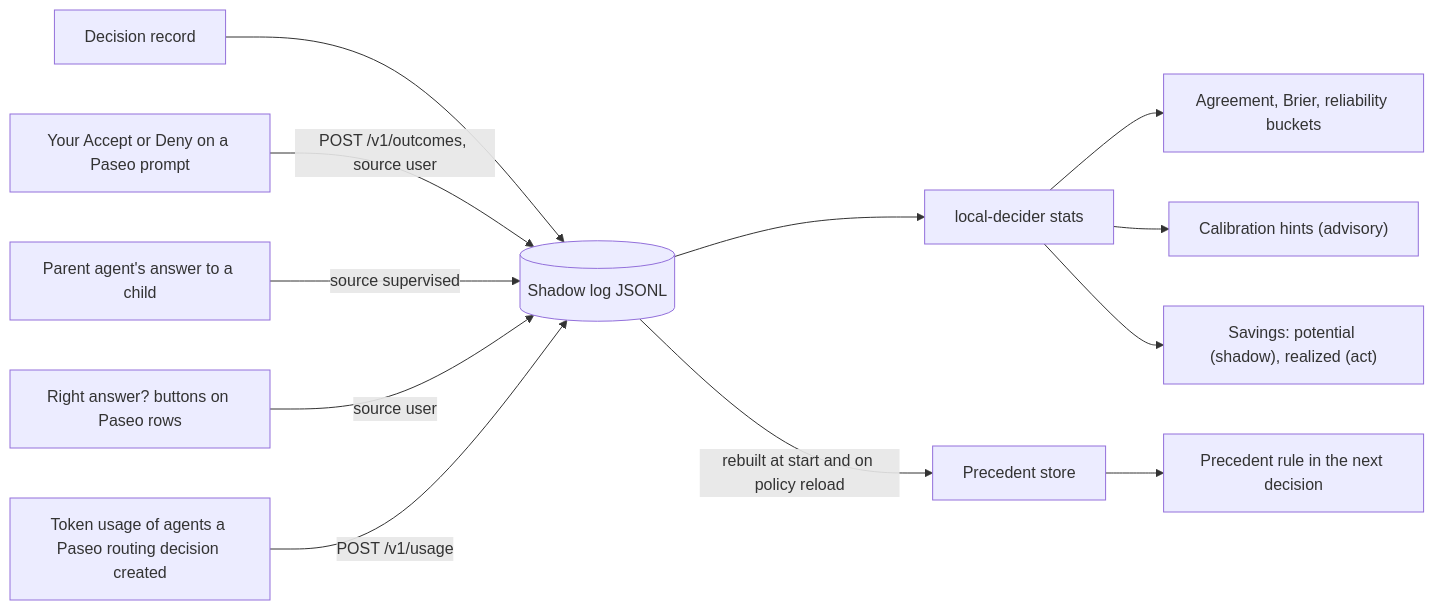
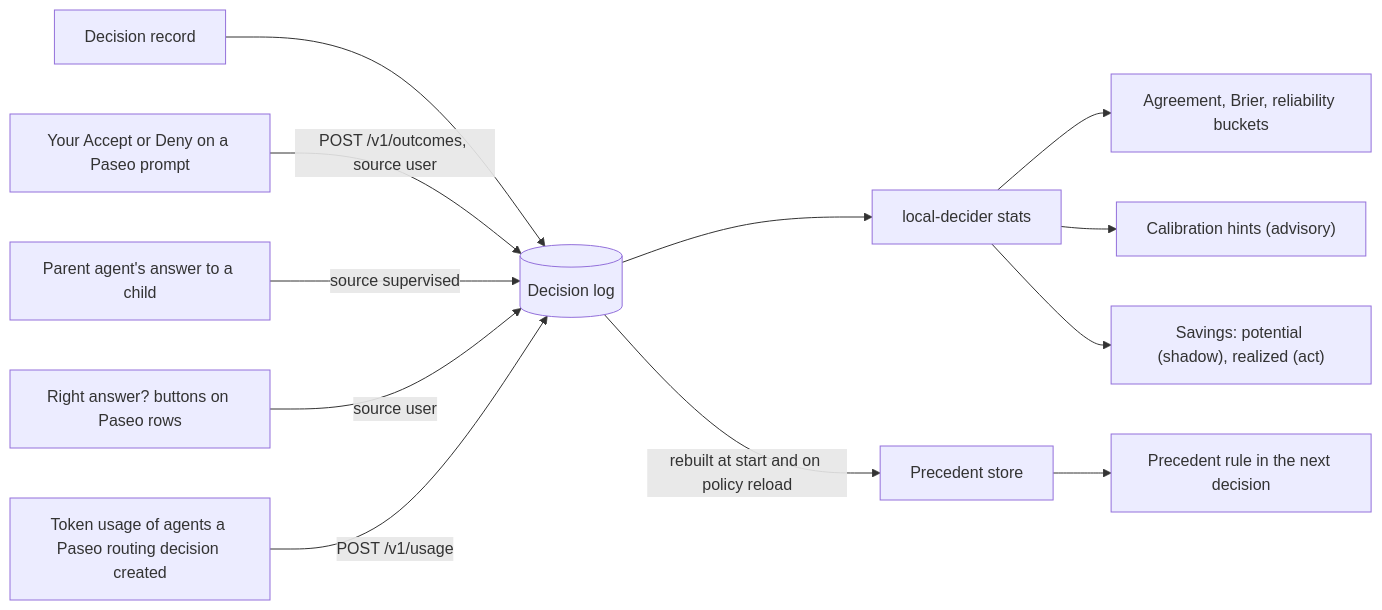
The fourth of 4 diagrams in docs/architecture.md (SkeLLLa/local-decider), drawn with Mermaid before and after one commit. The commit also changed other lines of this file and 19 other files, not shown here.

````diff
--- a/docs/architecture.md
+++ b/docs/architecture.md
@@ -147,14 +147,14 @@
 ```mermaid
 flowchart LR
-  D["Decision record"] --> LOG[("Shadow log JSONL")]
+  D["Decision record"] --> LOG[("Decision log")]
   U["Your Accept or Deny on a Paseo prompt"] -->|"POST /v1/outcomes, source user"| LOG
   P["Parent agent's answer to a child"] -->|"source supervised"| LOG
   F["Right answer? buttons on Paseo rows"] -->|"source user"| LOG
   T["Token usage of agents a Paseo routing decision created"] -->|"POST /v1/usage"| LOG
   LOG --> S["local-decider stats"]
   S --> A["Agreement, Brier, reliability buckets"]
   S --> C["Calibration hints (advisory)"]
   S --> SV["Savings: potential (shadow), realized (act)"]
   LOG -->|"rebuilt at start and on policy reload"| PR["Precedent store"]
   PR --> R["Precedent rule in the next decision"]
 ```
````
